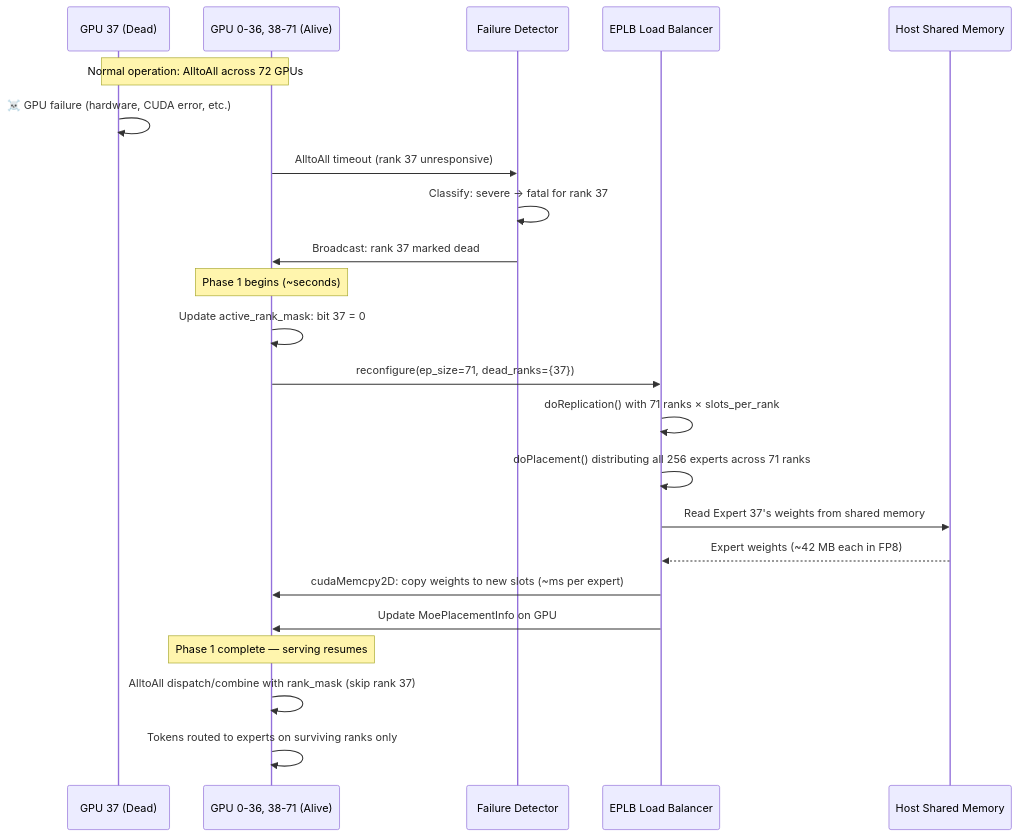
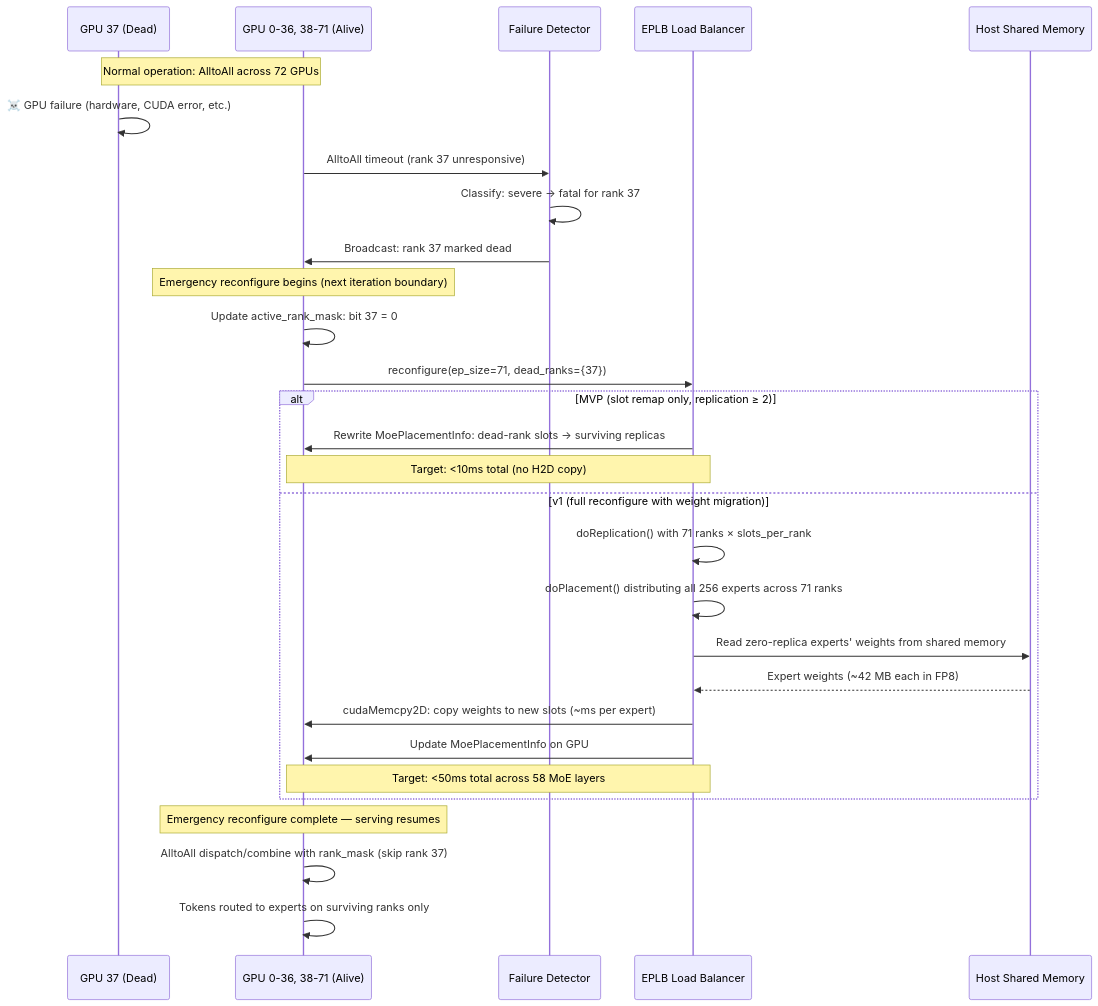
The second of 3 diagrams in docs/design/wide-ep-fault-tolerance/04-two-phase-recovery.md (chienchunhung/TensorRT-LLM), drawn with Mermaid before and after one commit. The commit also changed other lines of this file and 9 other files, not shown here.

````diff
--- a/docs/design/wide-ep-fault-tolerance/04-two-phase-recovery.md
+++ b/docs/design/wide-ep-fault-tolerance/04-two-phase-recovery.md
@@ -47,32 +49,39 @@
 ```mermaid
 sequenceDiagram
     participant Dead as GPU 37 (Dead)
     participant Alive as GPU 0-36, 38-71 (Alive)
     participant Detector as Failure Detector
     participant EPLB as EPLB Load Balancer
     participant Host as Host Shared Memory
 
     Note over Dead,Alive: Normal operation: AlltoAll across 72 GPUs
 
     Dead->>Dead: ☠️ GPU failure (hardware, CUDA error, etc.)
 
     Alive->>Detector: AlltoAll timeout (rank 37 unresponsive)
     Detector->>Detector: Classify: severe → fatal for rank 37
     Detector->>Alive: Broadcast: rank 37 marked dead
 
-    Note over Alive: Phase 1 begins (~seconds)
+    Note over Alive: Emergency reconfigure begins (next iteration boundary)
 
     Alive->>Alive: Update active_rank_mask: bit 37 = 0
     Alive->>EPLB: reconfigure(ep_size=71, dead_ranks={37})
-    EPLB->>EPLB: doReplication() with 71 ranks × slots_per_rank
-    EPLB->>EPLB: doPlacement() distributing all 256 experts across 71 ranks
-    EPLB->>Host: Read Expert 37's weights from shared memory
-    Host-->>EPLB: Expert weights (~42 MB each in FP8)
-    EPLB->>Alive: cudaMemcpy2D: copy weights to new slots (~ms per expert)
-    EPLB->>Alive: Update MoePlacementInfo on GPU
 
-    Note over Alive: Phase 1 complete — serving resumes
+    alt MVP (slot remap only, replication ≥ 2)
+        EPLB->>Alive: Rewrite MoePlacementInfo: dead-rank slots → surviving replicas
+        Note over EPLB,Alive: Target: <10ms total (no H2D copy)
+    else v1 (full reconfigure with weight migration)
+        EPLB->>EPLB: doReplication() with 71 ranks × slots_per_rank
+        EPLB->>EPLB: doPlacement() distributing all 256 experts across 71 ranks
+        EPLB->>Host: Read zero-replica experts' weights from shared memory
+        Host-->>EPLB: Expert weights (~42 MB each in FP8)
+        EPLB->>Alive: cudaMemcpy2D: copy weights to new slots (~ms per expert)
+        EPLB->>Alive: Update MoePlacementInfo on GPU
+        Note over EPLB,Alive: Target: <50ms total across 58 MoE layers
+    end
+
+    Note over Alive: Emergency reconfigure complete — serving resumes
 
     Alive->>Alive: AlltoAll dispatch/combine with rank_mask (skip rank 37)
     Alive->>Alive: Tokens routed to experts on surviving ranks only
 ```
````
